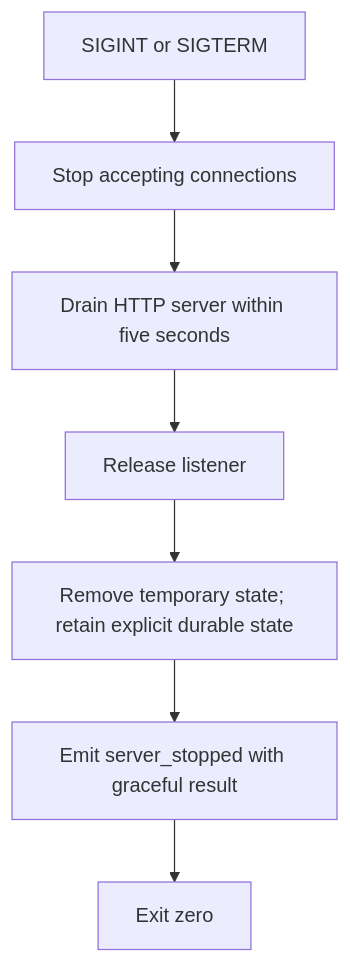
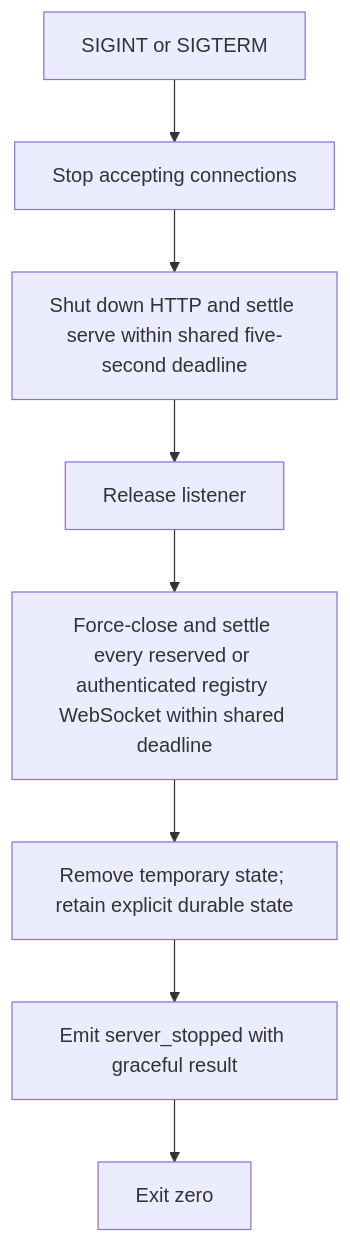
The diagram in docs/src/content/docs/developer/relay/process-lifecycle.mdx (tigorlazuardi/pi-messaging-relay), drawn with Mermaid before and after one commit. The commit also changed other lines of this file and 22 other files, not shown here.

````diff
--- a/docs/src/content/docs/developer/relay/process-lifecycle.mdx
+++ b/docs/src/content/docs/developer/relay/process-lifecycle.mdx
@@ -49,9 +49,10 @@
 ```mermaid
 flowchart TD
     S[SIGINT or SIGTERM] --> A[Stop accepting connections]
-    A --> D[Drain HTTP server within five seconds]
+    A --> D[Shut down HTTP and settle serve within shared five-second deadline]
     D --> R[Release listener]
-    R --> C[Remove temporary state; retain explicit durable state]
+    R --> W[Force-close and settle every reserved or authenticated registry WebSocket within shared deadline]
+    W --> C[Remove temporary state; retain explicit durable state]
     C --> E[Emit server_stopped with graceful result]
     E --> X[Exit zero]
 ```
````
